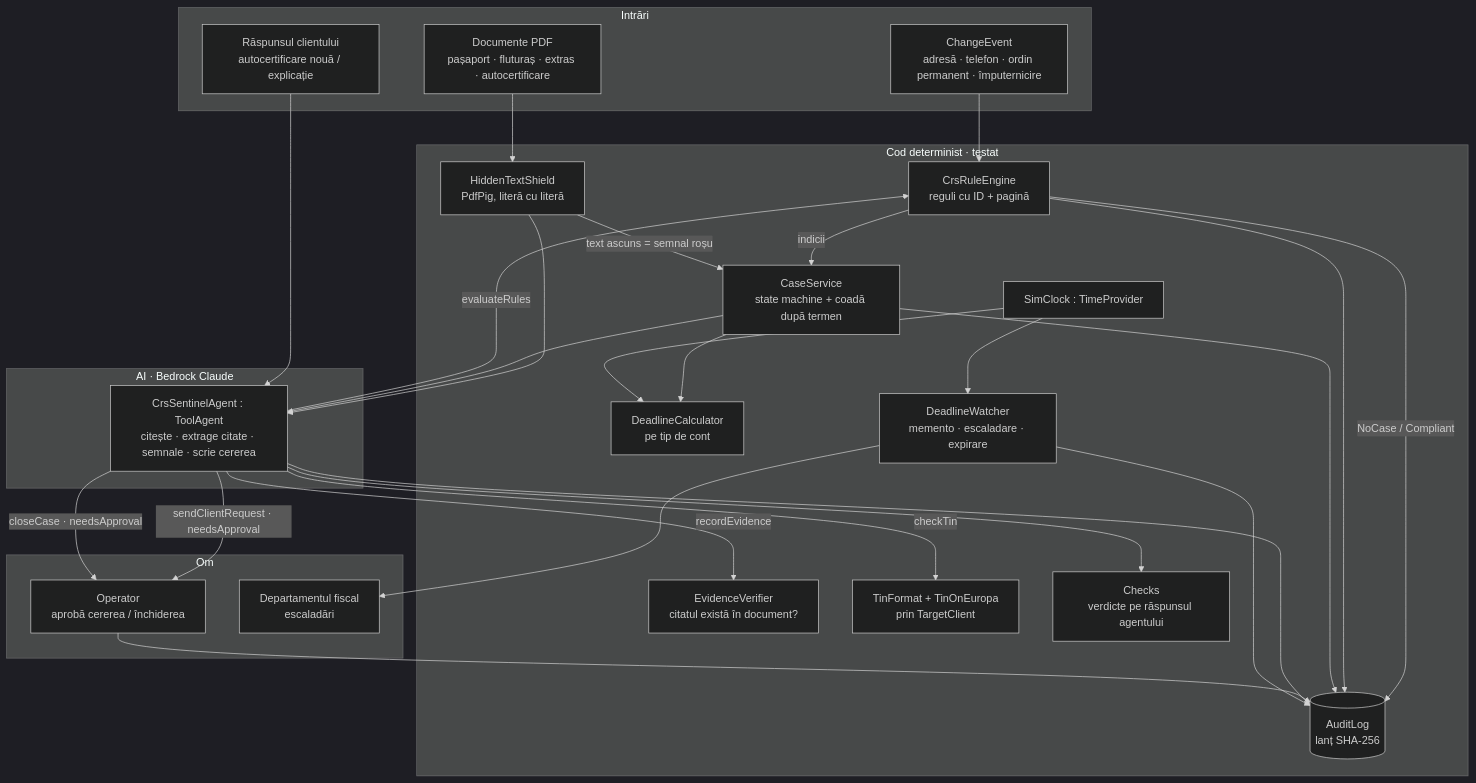
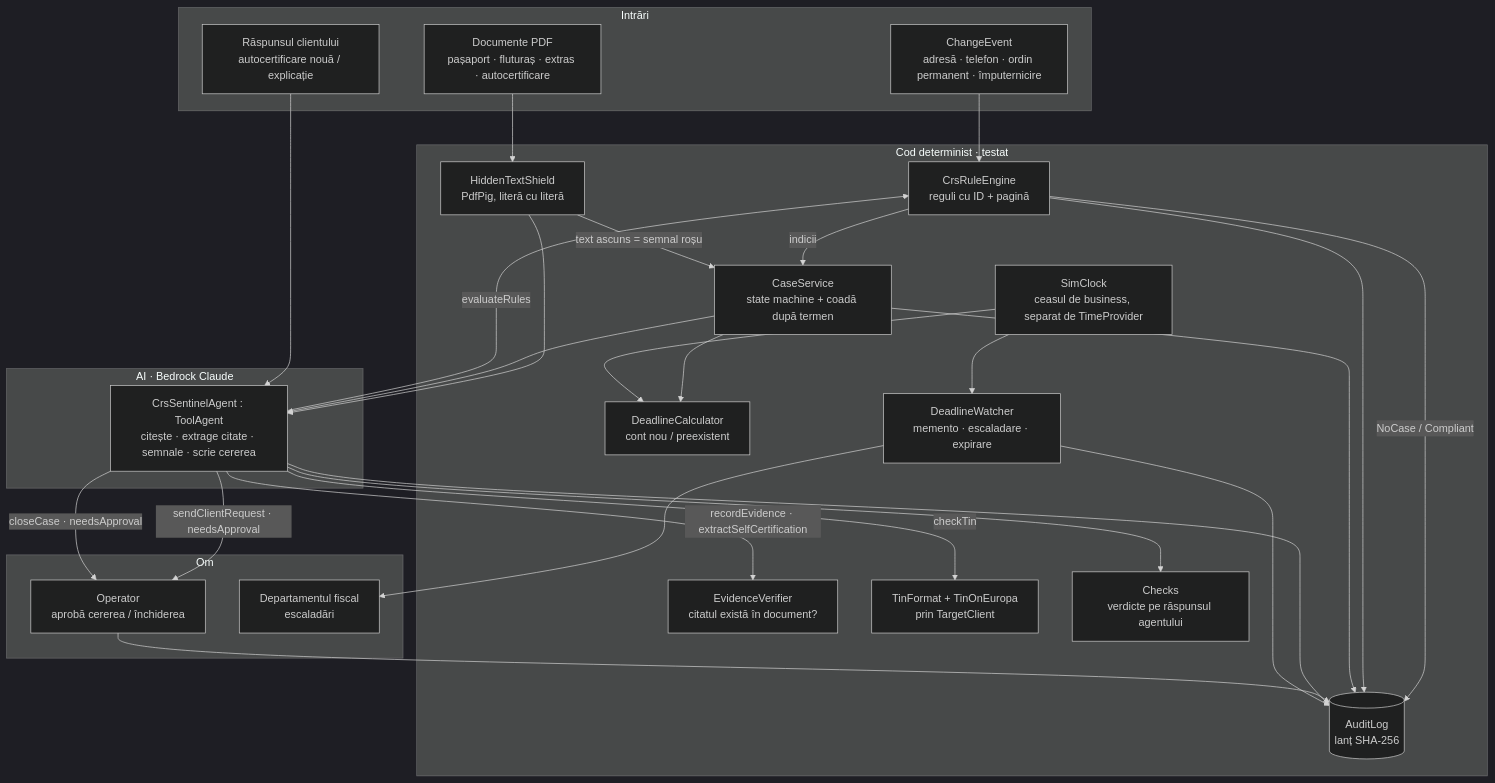
One commit to AlexandruAchilleF/nexxt-ai-summit-hackathon changed the first of 5 diagrams in docs/PLAN.md. Above: the diagram before and after it, drawn with Mermaid (dark theme). The commit also changed other lines of this file and 39 other files, not shown here.

````diff
--- a/docs/PLAN.md
+++ b/docs/PLAN.md
@@ -181,48 +184,48 @@
 ```mermaid
 flowchart TB
   subgraph IN[Intrări]
     CE[ChangeEvent<br/>adresă · telefon · ordin permanent · împuternicire]
     DOC[Documente PDF<br/>pașaport · fluturaș · extras · autocertificare]
     RESP[Răspunsul clientului<br/>autocertificare nouă / explicație]
   end
 
   subgraph CODE[Cod determinist · testat]
     RE[CrsRuleEngine<br/>reguli cu ID + pagină]
-    DL[DeadlineCalculator<br/>pe tip de cont]
-    CLK[SimClock : TimeProvider]
+    DL[DeadlineCalculator<br/>cont nou / preexistent]
+    CLK[SimClock<br/>ceasul de business, separat de TimeProvider]
     SH[HiddenTextShield<br/>PdfPig, literă cu literă]
     EV[EvidenceVerifier<br/>citatul există în document?]
     TIN[TinFormat + TinOnEuropa<br/>prin TargetClient]
     CS[CaseService<br/>state machine + coadă după termen]
     SCH[DeadlineWatcher<br/>memento · escaladare · expirare]
     AU[(AuditLog<br/>lanț SHA-256)]
     CHK[Checks<br/>verdicte pe răspunsul agentului]
   end
 
   subgraph AI[AI · Bedrock Claude]
     AG[CrsSentinelAgent : ToolAgent<br/>citește · extrage citate · semnale · scrie cererea]
   end
 
   subgraph HUMAN[Om]
     OP[Operator<br/>aprobă cererea / închiderea]
     TAX[Departamentul fiscal<br/>escaladări]
   end
 
   CE --> RE
   RE -->|NoCase / Compliant| AU
   RE -->|indicii| CS
   CS --> DL
   CLK --> DL & SCH
   DOC --> SH --> AG
   SH -->|text ascuns = semnal roșu| CS
   CS --> AG
-  AG -->|recordEvidence| EV
+  AG -->|recordEvidence · extractSelfCertification| EV
   AG -->|checkTin| TIN
   AG -->|evaluateRules| RE
   AG -->|sendClientRequest · needsApproval| OP
   RESP --> AG
   AG -->|closeCase · needsApproval| OP
   SCH --> TAX
   AG --> CHK
   RE & CS & AG & OP & SCH --> AU
 ```
````
